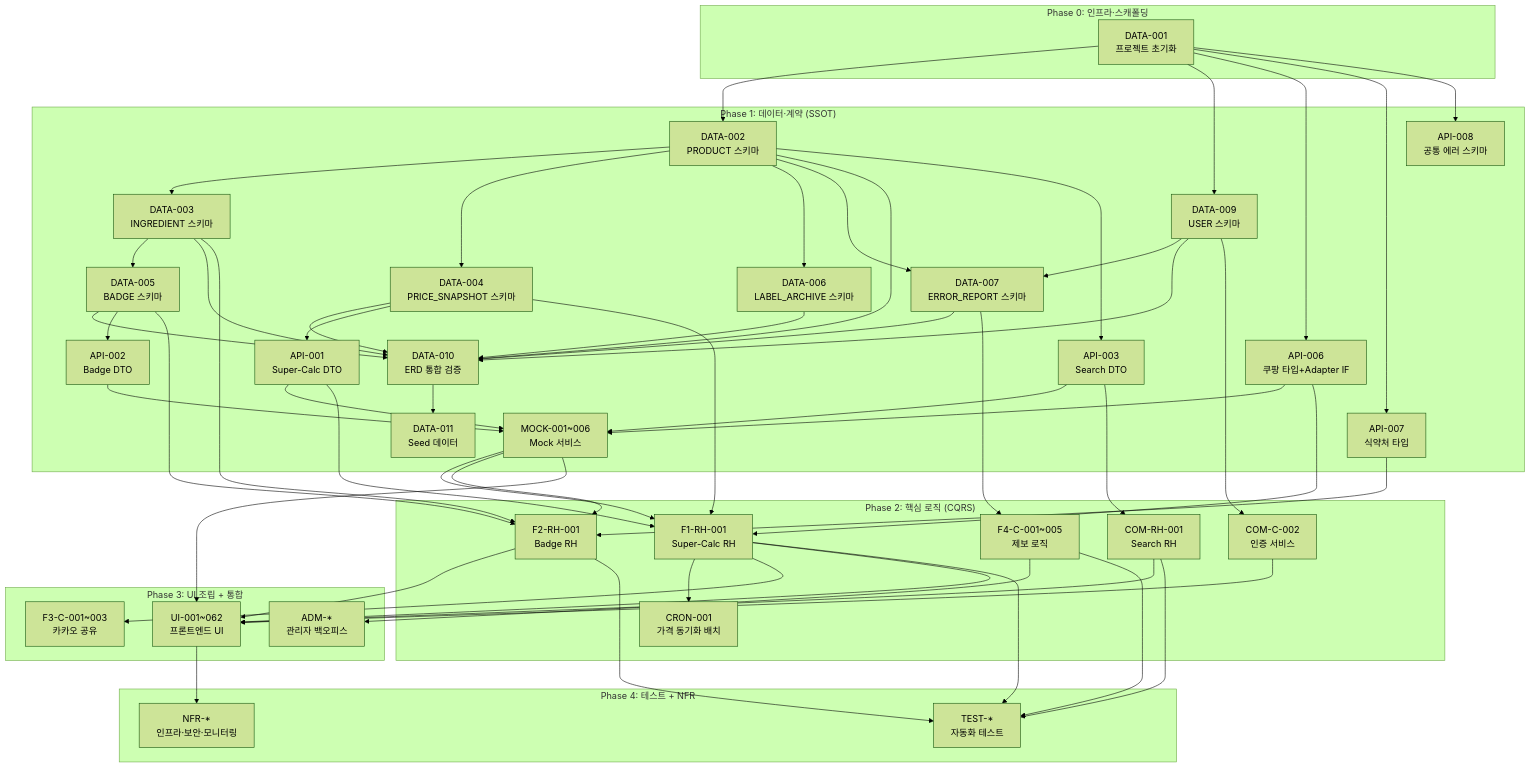
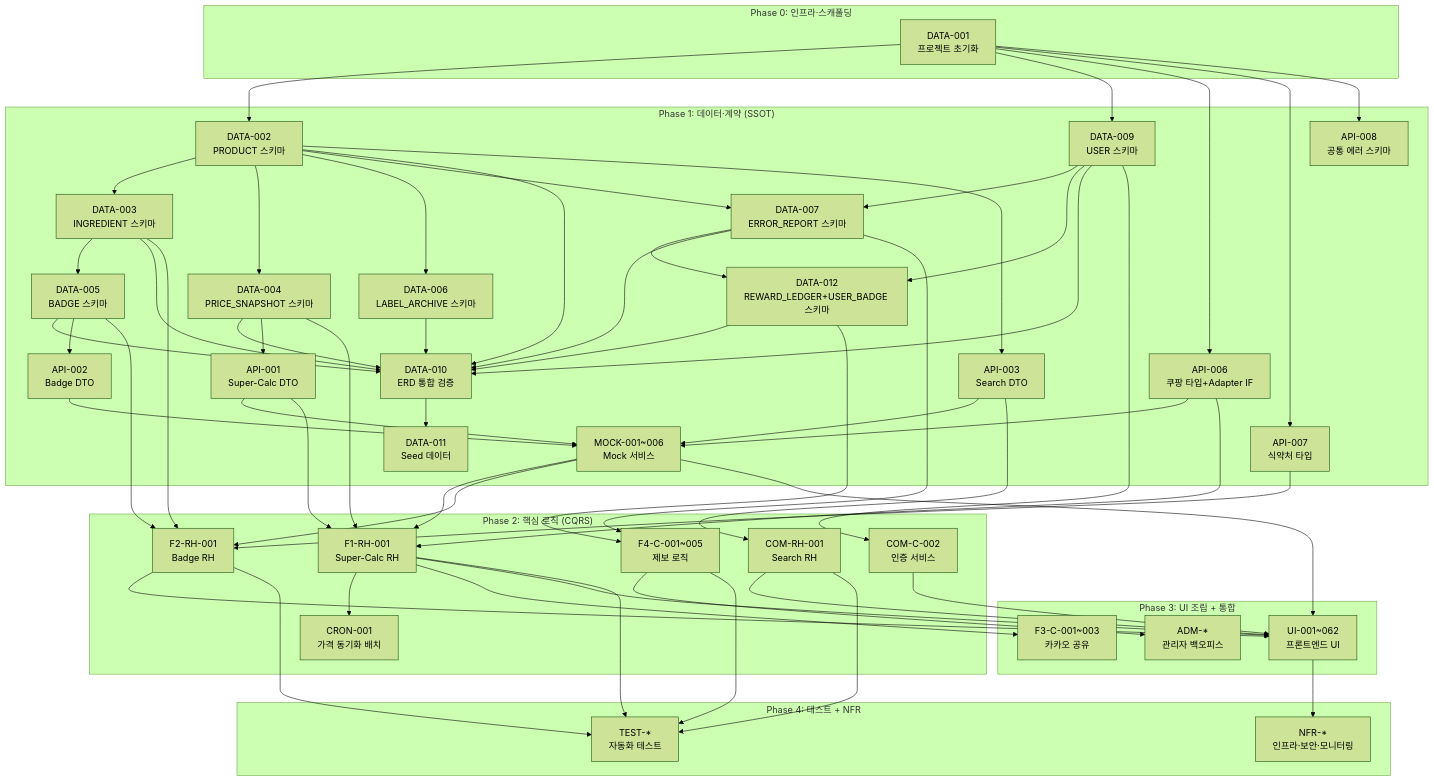
One commit to wild-mental/SRS-from-PRD-HealthProdInfo changed the diagram in TASKS/06_TASK_LIST_v1.md. Above: the diagram before and after it, drawn with Mermaid (forest theme). The commit also changed other lines of this file and 140 other files, not shown here.

Commit message:
모든 TASK 추출 완료, 검토 및 보강 완료, TASK 단위의 상세 의존성 다이어그램 작성 완료.

```diff
--- a/TASKS/06_TASK_LIST_v1.md
+++ b/TASKS/06_TASK_LIST_v1.md
@@ -490,6 +496,7 @@
         DATA-006["DATA-006<br/>LABEL_ARCHIVE 스키마"]
         DATA-007["DATA-007<br/>ERROR_REPORT 스키마"]
         DATA-009["DATA-009<br/>USER 스키마"]
+        DATA-012["DATA-012<br/>REWARD_LEDGER+USER_BADGE 스키마"]
         DATA-010["DATA-010<br/>ERD 통합 검증"]
         DATA-011["DATA-011<br/>Seed 데이터"]
         API-001["API-001<br/>Super-Calc DTO"]
@@ -528,6 +535,8 @@
     DATA-002 --> DATA-006
     DATA-009 --> DATA-007
     DATA-002 --> DATA-007
+    DATA-007 --> DATA-012
+    DATA-009 --> DATA-012
     DATA-002 --> DATA-010
     DATA-003 --> DATA-010
     DATA-004 --> DATA-010
@@ -535,6 +544,7 @@
     DATA-006 --> DATA-010
     DATA-007 --> DATA-010
     DATA-009 --> DATA-010
+    DATA-012 --> DATA-010
     DATA-010 --> DATA-011
 
     DATA-004 --> API-001
@@ -563,6 +573,7 @@
     DATA-009 --> COM-AUTH
 
     DATA-007 --> F4-C
+    DATA-012 --> F4-C
 
     F1-RH --> CRON
 
```
